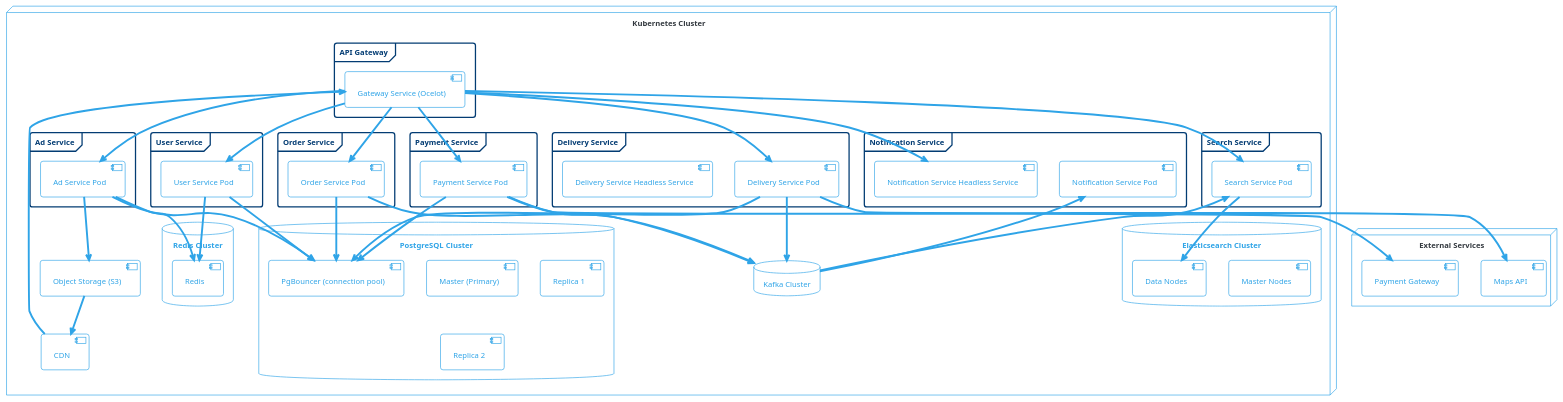
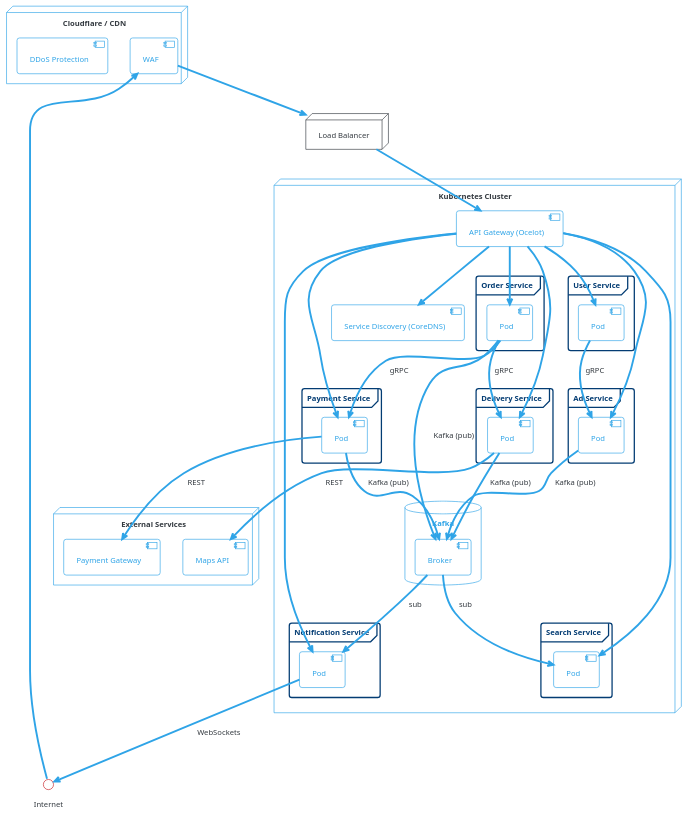
One commit to artstesh/Otus.SystemDesign changed the diagram in Schemes/kuber.puml. Above: the diagram before and after it, drawn with PlantUML. The commit also changed 7 other files, not shown here.

Commit message:
Added detailed system interaction flow diagrams, updated architecture models, and enhanced technical specifications.

```diff
--- a/Schemes/kuber.puml
+++ b/Schemes/kuber.puml
@@ -1,100 +1,82 @@
 @startuml
 !theme cerulean-outline
 <style>
   document {
     BackGroundColor #fff
   }
 </style>
+' === Внешний периметр ===
+node "Cloudflare / CDN" {
+  component "WAF" as waf
+  component "DDoS Protection" as ddos
+}
+
+node "Load Balancer" as lb
+
+' === Kubernetes Cluster ===
 node "Kubernetes Cluster" {
-  frame "API Gateway" {
-    component "Gateway Service (Ocelot)" as gateway
+  component "API Gateway (Ocelot)" as gateway
+  component "Service Discovery (CoreDNS)" as dns
+
+  frame "User Service" {
+    component "Pod" as user_pod
+  }
+  frame "Ad Service" {
+    component "Pod" as ad_pod
+  }
+  frame "Order Service" {
+    component "Pod" as order_pod
+  }
+  frame "Payment Service" {
+    component "Pod" as payment_pod
+  }
+  frame "Delivery Service" {
+    component "Pod" as delivery_pod
+  }
+  frame "Notification Service" {
+    component "Pod" as notif_pod
+  }
+  frame "Search Service" {
+    component "Pod" as search_pod
   }
 
-  frame "User Service" {
-    component "User Service Pod" as user_pod
+  database "Kafka" {
+    component "Broker" as kafka
   }
-
-  frame "Ad Service" {
-    component "Ad Service Pod" as ad_pod
-  }
-
-  frame "Order Service" {
-    component "Order Service Pod" as order_pod
-  }
-
-  frame "Payment Service" {
-    component "Payment Service Pod" as payment_pod
-  }
-
-  frame "Delivery Service" {
-    component "Delivery Service Pod" as delivery_pod
-    component "Delivery Service Headless Service" as delivery_svc
-  }
-
-  frame "Notification Service" {
-    component "Notification Service Pod" as notif_pod
-    component "Notification Service Headless Service" as notif_svc
-  }
-
-  frame "Search Service" {
-    component "Search Service Pod" as search_pod
-  }
-
-  database "PostgreSQL Cluster" {
-    component "Master (Primary)" as pg_master
-    component "Replica 1" as pg_replica1
-    component "Replica 2" as pg_replica2
-    component "PgBouncer (connection pool)" as pgbouncer
-  }
-
-  database "Elasticsearch Cluster" {
-    component "Master Nodes" as es_master
-    component "Data Nodes" as es_data
-  }
-
-  database "Redis Cluster" {
-    component "Redis" as redis_master
-  }
-
-    database "Kafka Cluster" as kafka
-
-  component "Object Storage (S3)" as s3
-  component "CDN" as cdn
 }
 
 node "External Services" {
-  component "Payment Gateway" as payext
-  component "Maps API" as mapext
+  component "Payment Gateway" as pay_ext
+  component "Maps API" as map_ext
 }
 
+' === Связи ===
+Internet --> waf
+waf --> lb
+lb --> gateway
+
+gateway --> dns
 gateway --> user_pod
 gateway --> ad_pod
 gateway --> order_pod
 gateway --> payment_pod
 gateway --> delivery_pod
-gateway --> notif_svc
+gateway --> notif_pod
 gateway --> search_pod
 
-user_pod --> pgbouncer
-ad_pod --> pgbouncer
-order_pod --> pgbouncer
-payment_pod --> pgbouncer
-delivery_pod --> pgbouncer
-ad_pod --> redis_master
-user_pod --> redis_master
-search_pod --> es_data
+user_pod --> ad_pod : gRPC
+order_pod --> payment_pod : gRPC
+order_pod --> delivery_pod : gRPC
 
-order_pod --> kafka
-payment_pod --> kafka
-delivery_pod --> kafka
-notif_pod <-- kafka
-search_pod <-- kafka
+ad_pod --> kafka : Kafka (pub)
+order_pod --> kafka : Kafka (pub)
+payment_pod --> kafka : Kafka (pub)
+delivery_pod --> kafka : Kafka (pub)
+kafka --> notif_pod : sub
+kafka --> search_pod : sub
 
-ad_pod --> s3
-s3 --> cdn
-cdn --> gateway
+payment_pod --> pay_ext : REST
+delivery_pod --> map_ext : REST
 
-payment_pod --> payext
-delivery_pod --> mapext
-
+notif_pod --> Internet : WebSockets
 @enduml
```
